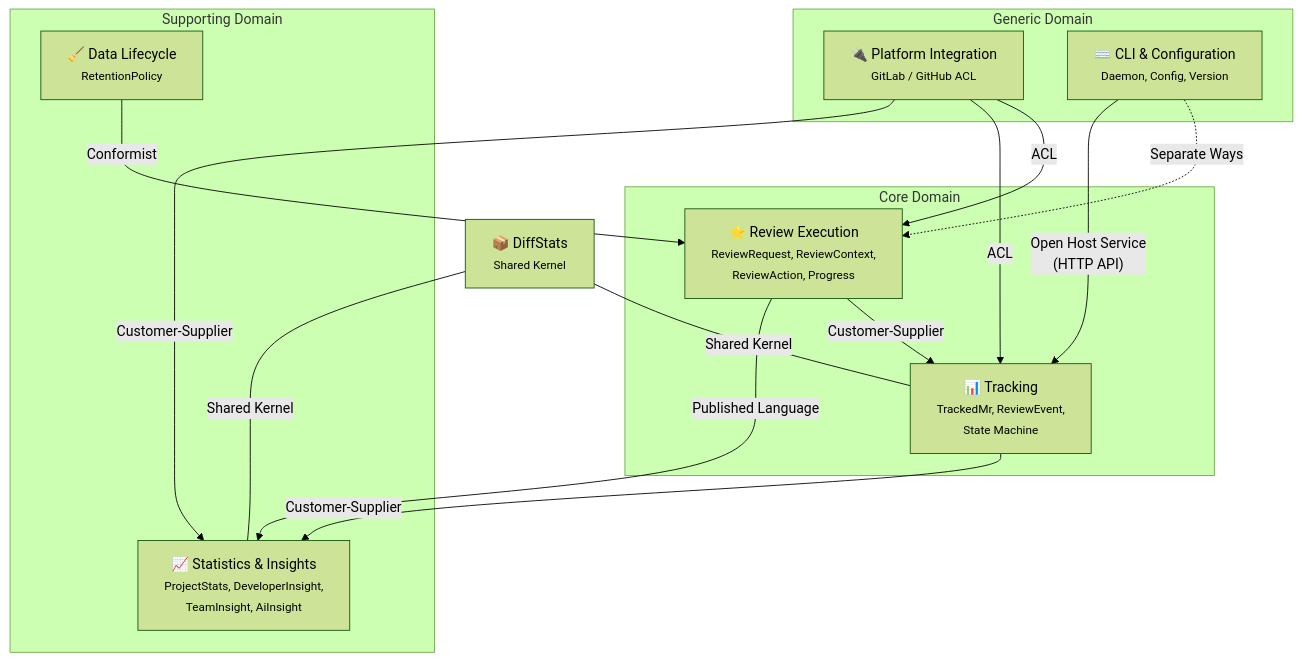
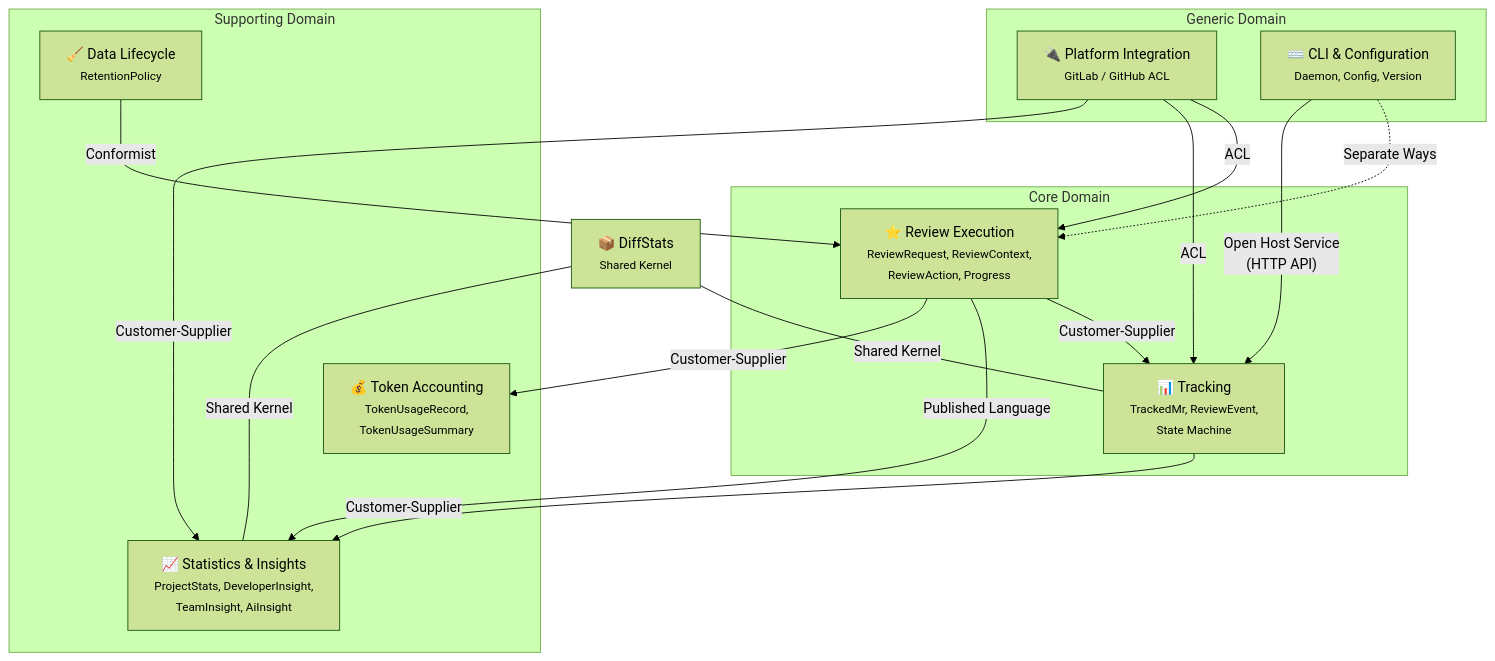
One commit to DGouron/claude-review-automation changed the first of 4 diagrams in docs/ddd/EVENT_STORMING_BIG_PICTURE.md. Above: the diagram before and after it, drawn with Mermaid (forest theme). The commit also changed other lines of this file and 1 other file, not shown here.

First line of the commit message:
docs(ddd): add Token Accounting event storming (7th BC)

````diff
--- a/docs/ddd/EVENT_STORMING_BIG_PICTURE.md
+++ b/docs/ddd/EVENT_STORMING_BIG_PICTURE.md
@@ -26,31 +27,33 @@
 ```mermaid
 graph TB
     subgraph "Generic Domain"
         Platform["🔌 Platform Integration<br/><small>GitLab / GitHub ACL</small>"]
         CLI["⌨️ CLI & Configuration<br/><small>Daemon, Config, Version</small>"]
     end
 
     subgraph "Core Domain"
         Review["⭐ Review Execution<br/><small>ReviewRequest, ReviewContext,<br/>ReviewAction, Progress</small>"]
         Tracking["📊 Tracking<br/><small>TrackedMr, ReviewEvent,<br/>State Machine</small>"]
     end
 
     subgraph "Supporting Domain"
         Stats["📈 Statistics & Insights<br/><small>ProjectStats, DeveloperInsight,<br/>TeamInsight, AiInsight</small>"]
         Cleanup["🧹 Data Lifecycle<br/><small>RetentionPolicy</small>"]
+        TokenAcct["💰 Token Accounting<br/><small>TokenUsageRecord,<br/>TokenUsageSummary</small>"]
     end
 
     Platform -->|"ACL"| Review
     Platform -->|"ACL"| Tracking
     Review -->|"Customer-Supplier"| Tracking
     Tracking -->|"Customer-Supplier"| Stats
     Review -->|"Published Language"| Stats
     Cleanup -->|"Conformist"| Review
+    Review -->|"Customer-Supplier"| TokenAcct
     CLI -.->|"Separate Ways"| Review
     CLI -->|"Open Host Service<br/>(HTTP API)"| Tracking
     Platform -->|"Customer-Supplier"| Stats
 
     DiffStats["📦 DiffStats<br/><small>Shared Kernel</small>"]
     DiffStats ---|"Shared Kernel"| Stats
     DiffStats ---|"Shared Kernel"| Tracking
 ```
````
